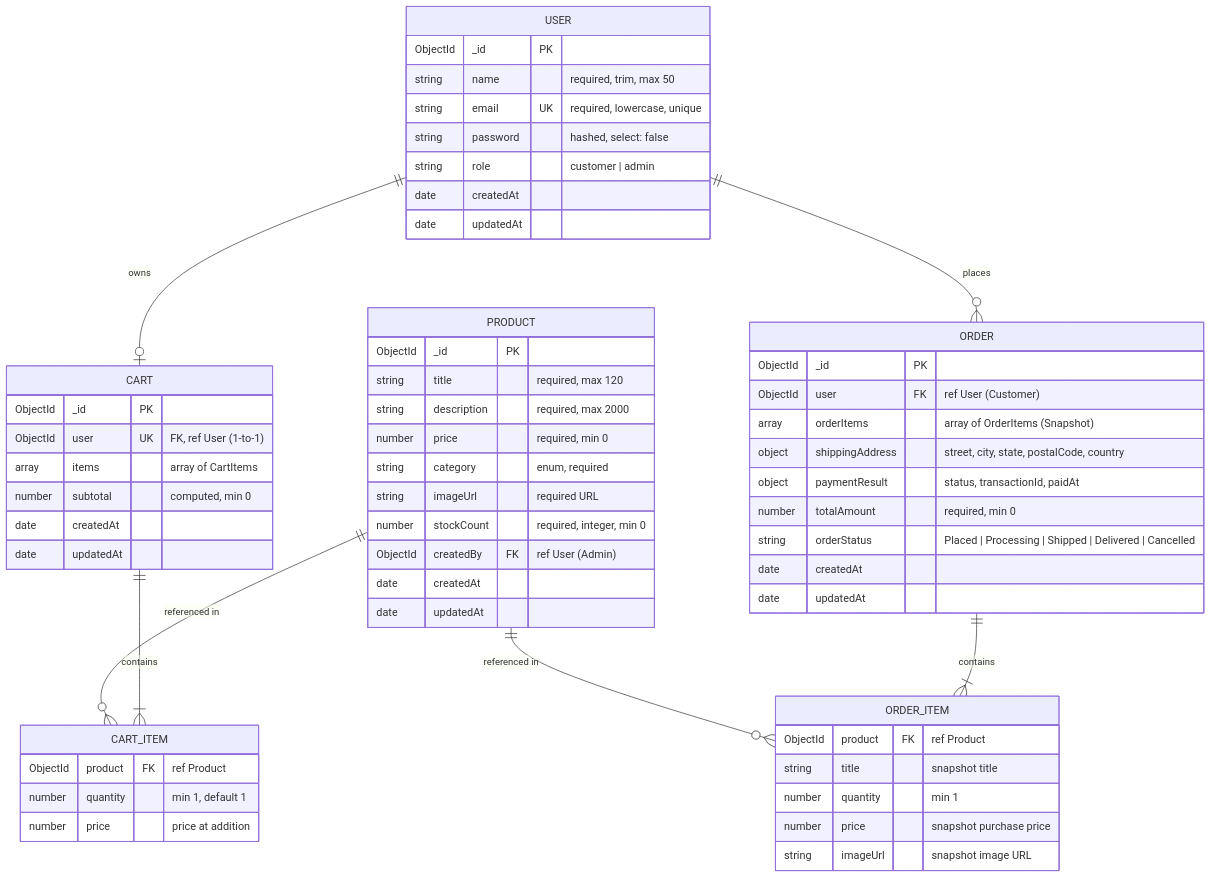
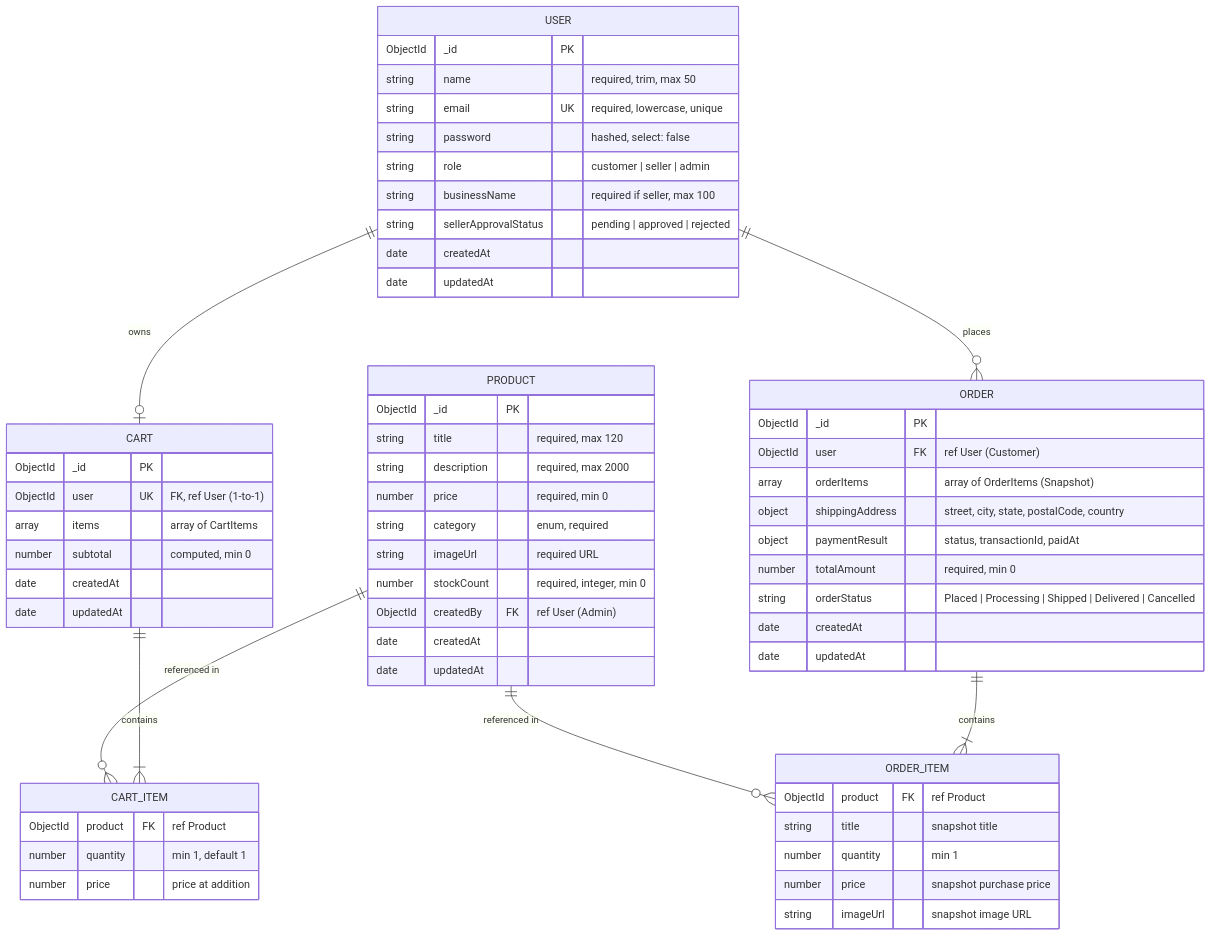
One commit to shresthajain512-cmd/cartiva-ecommerce changed the diagram in SCHEMA.md. Above: the diagram before and after it, drawn with Mermaid. The commit also changed other lines of this file and 7 other files, not shown here.

````diff
--- a/SCHEMA.md
+++ b/SCHEMA.md
@@ -23,67 +23,69 @@
 ```mermaid
 erDiagram
     USER ||--o| CART : "owns"
     USER ||--o{ ORDER : "places"
     PRODUCT ||--o{ CART_ITEM : "referenced in"
     CART ||--|{ CART_ITEM : "contains"
     PRODUCT ||--o{ ORDER_ITEM : "referenced in"
     ORDER ||--|{ ORDER_ITEM : "contains"
 
     USER {
         ObjectId _id PK
         string name "required, trim, max 50"
         string email UK "required, lowercase, unique"
         string password "hashed, select: false"
-        string role "customer | admin"
+        string role "customer | seller | admin"
+        string businessName "required if seller, max 100"
+        string sellerApprovalStatus "pending | approved | rejected"
         date createdAt
         date updatedAt
     }
 
     PRODUCT {
         ObjectId _id PK
         string title "required, max 120"
         string description "required, max 2000"
         number price "required, min 0"
         string category "enum, required"
         string imageUrl "required URL"
         number stockCount "required, integer, min 0"
         ObjectId createdBy FK "ref User (Admin)"
         date createdAt
         date updatedAt
     }
 
     CART {
         ObjectId _id PK
         ObjectId user UK "FK, ref User (1-to-1)"
         array items "array of CartItems"
         number subtotal "computed, min 0"
         date createdAt
         date updatedAt
     }
 
     CART_ITEM {
         ObjectId product FK "ref Product"
         number quantity "min 1, default 1"
         number price "price at addition"
     }
 
     ORDER {
         ObjectId _id PK
         ObjectId user FK "ref User (Customer)"
         array orderItems "array of OrderItems (Snapshot)"
         object shippingAddress "street, city, state, postalCode, country"
         object paymentResult "status, transactionId, paidAt"
         number totalAmount "required, min 0"
         string orderStatus "Placed | Processing | Shipped | Delivered | Cancelled"
         date createdAt
         date updatedAt
     }
 
     ORDER_ITEM {
         ObjectId product FK "ref Product"
         string title "snapshot title"
         number quantity "min 1"
         number price "snapshot purchase price"
         string imageUrl "snapshot image URL"
     }
 ```
````
